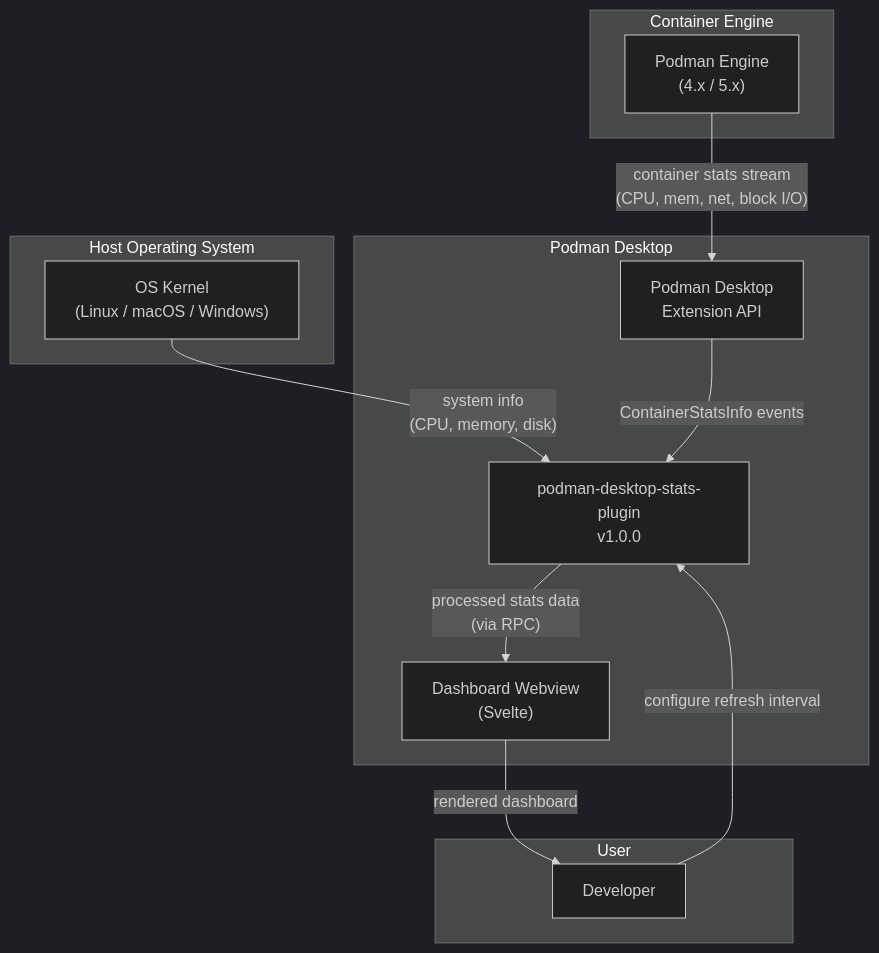
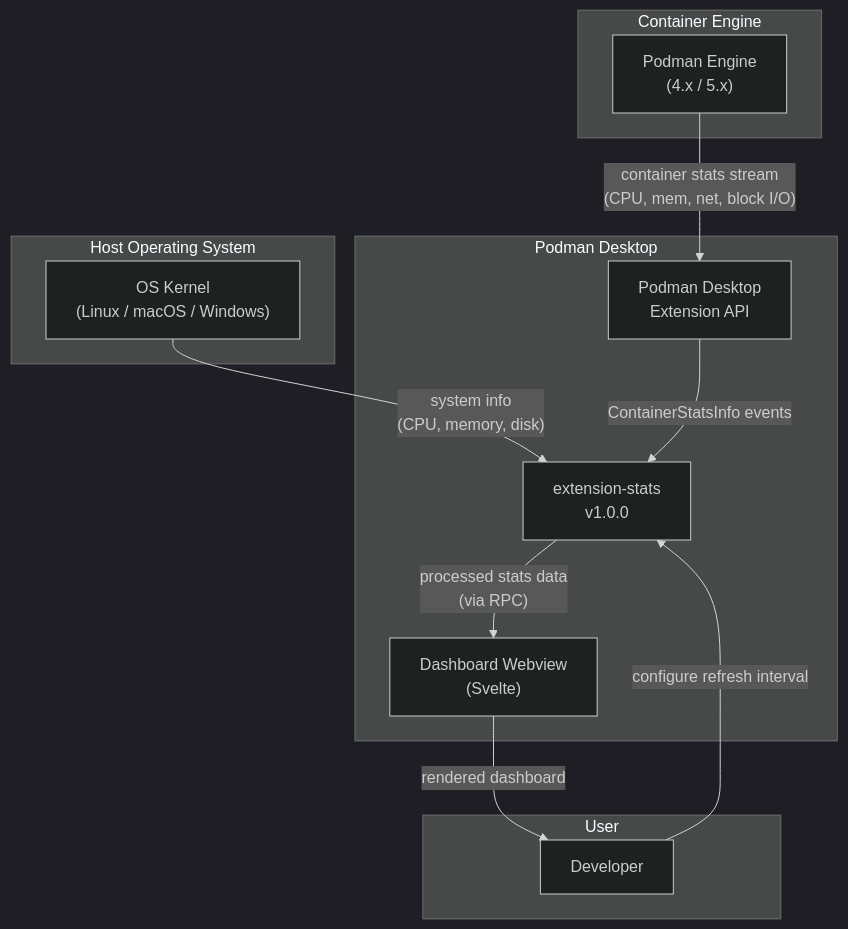
Before and after one commit to djhenry/extension-stats: the first of 4 diagrams in docs/ARCHITECTURE-1_0_0.md, drawn with Mermaid (dark theme). The commit also changed other lines of this file and 24 other files, not shown here.

First line of the commit message:
refactor: Rename project from podman-desktop-stats to extension-stats

````diff
--- a/docs/ARCHITECTURE-1_0_0.md
+++ b/docs/ARCHITECTURE-1_0_0.md
@@ -82,27 +82,27 @@
 ```mermaid
 graph TB
     subgraph "Container Engine"
         PODMAN["Podman Engine<br/>(4.x / 5.x)"]
     end
 
     subgraph "Host Operating System"
         OS["OS Kernel<br/>(Linux / macOS / Windows)"]
     end
 
     subgraph "Podman Desktop"
         PD_API["Podman Desktop<br/>Extension API"]
-        PLUGIN["podman-desktop-stats-plugin<br/>v1.0.0"]
+        PLUGIN["extension-stats<br/>v1.0.0"]
         WEBVIEW["Dashboard Webview<br/>(Svelte)"]
     end
 
     subgraph "User"
         DEV["Developer"]
     end
 
     PODMAN -->|"container stats stream<br/>(CPU, mem, net, block I/O)"| PD_API
     OS -->|"system info<br/>(CPU, memory, disk)"| PLUGIN
     PD_API -->|"ContainerStatsInfo events"| PLUGIN
     PLUGIN -->|"processed stats data<br/>(via RPC)"| WEBVIEW
     WEBVIEW -->|"rendered dashboard"| DEV
     DEV -->|"configure refresh interval"| PLUGIN
 ```
````
